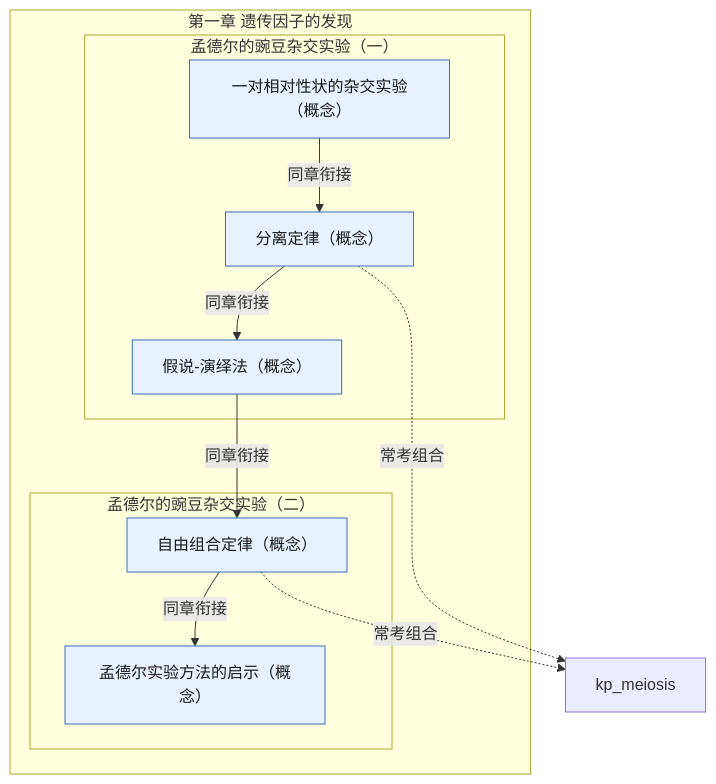
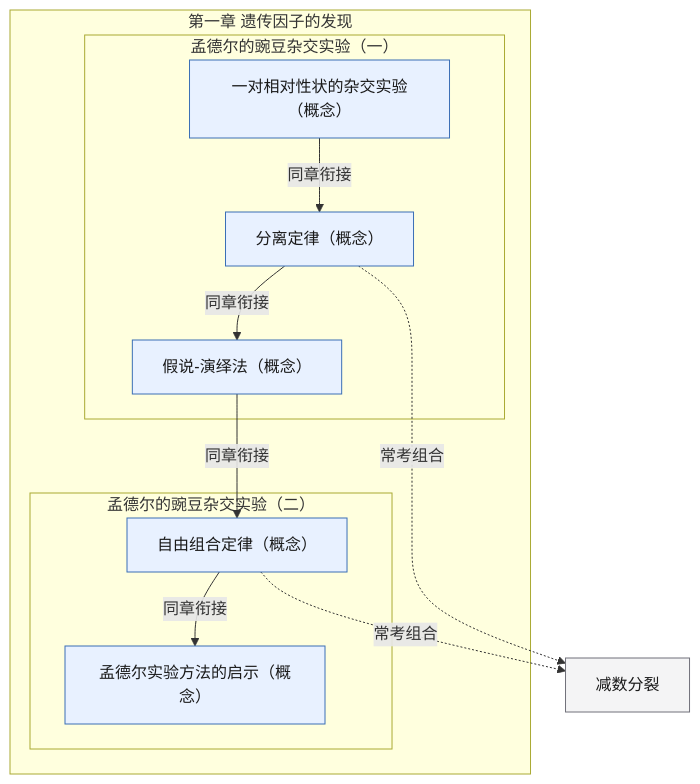
One commit to lihenair/high-school-ai-tutor-skill changed the diagram in skills/high-school-ai-tutor/references/pep-bio-bx2-ch1.md. Above: the diagram before and after it, drawn with Mermaid. The commit also changed 20 other files, not shown here.

Commit message:
feat(graph): 跨章常考组合渲染为中文显示名（灰色外部节点），不再显示英文代号

````diff
--- a/skills/high-school-ai-tutor/references/pep-bio-bx2-ch1.md
+++ b/skills/high-school-ai-tutor/references/pep-bio-bx2-ch1.md
@@ -5,24 +5,24 @@
 ```mermaid
 flowchart TD
   classDef concept fill:#E8F1FF,stroke:#3B6FB6,color:#1A1A1A
   classDef skill fill:#E7F6EE,stroke:#2E7D4F,color:#1A1A1A
   classDef experiment fill:#FFF4E5,stroke:#C47B17,color:#1A1A1A
   classDef later fill:#F4F4F5,stroke:#71717A,color:#1A1A1A
   subgraph ch["第一章 遗传因子的发现"]
     subgraph s1["孟德尔的豌豆杂交实验（一）"]
       kp_mendel_pea_cross["一对相对性状的杂交实验（概念）"]:::concept
       kp_segregation_law["分离定律（概念）"]:::concept
       kp_hypothesis_deduction["假说-演绎法（概念）"]:::concept
     end
     subgraph s2["孟德尔的豌豆杂交实验（二）"]
       kp_free_combination["自由组合定律（概念）"]:::concept
       kp_mendel_methods["孟德尔实验方法的启示（概念）"]:::concept
     end
   end
   kp_mendel_pea_cross -->|同章衔接| kp_segregation_law
   kp_segregation_law -->|同章衔接| kp_hypothesis_deduction
   kp_hypothesis_deduction -->|同章衔接| kp_free_combination
   kp_free_combination -->|同章衔接| kp_mendel_methods
-  kp_segregation_law -.->|常考组合| kp_meiosis
-  kp_free_combination -.->|常考组合| kp_meiosis
+  kp_segregation_law -.->|常考组合| kp_meiosis["减数分裂"]:::later
+  kp_free_combination -.->|常考组合| kp_meiosis["减数分裂"]:::later
 ```
````
